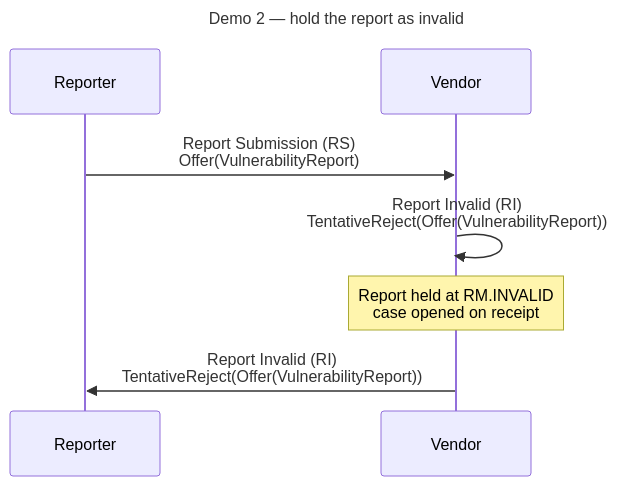
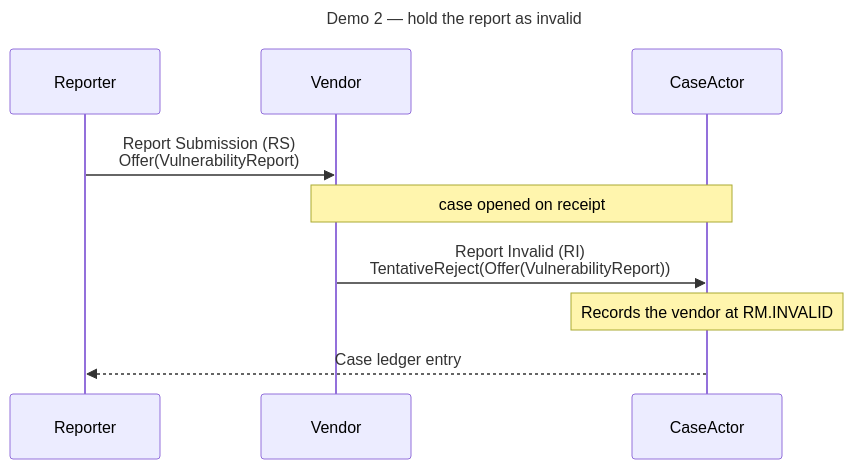
The second of 3 diagrams in docs/tutorials/receive_report_demo.md (CERTCC/Vultron), drawn with Mermaid before and after one commit. The commit also changed other lines of this file and 1 other file, not shown here.

Commit message:
docs: exchange demo tutorials show report answers sent to the CaseActor (#5438)

````diff
--- a/docs/tutorials/receive_report_demo.md
+++ b/docs/tutorials/receive_report_demo.md
@@ -148,13 +152,15 @@
 ```mermaid
 ---
 title: Demo 2 — hold the report as invalid
 ---
 sequenceDiagram
     participant R as Reporter
     participant V as Vendor
+    participant CA as CaseActor
 
     R->>V: Report Submission (RS)<br/>Offer(VulnerabilityReport)
-    V->>V: Report Invalid (RI)<br/>TentativeReject(Offer(VulnerabilityReport))
-    Note over V: Report held at RM.INVALID<br/>case opened on receipt
-    V->>R: Report Invalid (RI)<br/>TentativeReject(Offer(VulnerabilityReport))
+    Note over V,CA: case opened on receipt
+    V->>CA: Report Invalid (RI)<br/>TentativeReject(Offer(VulnerabilityReport))
+    Note over CA: Records the vendor at RM.INVALID
+    CA-->>R: Case ledger entry
 ```
````
